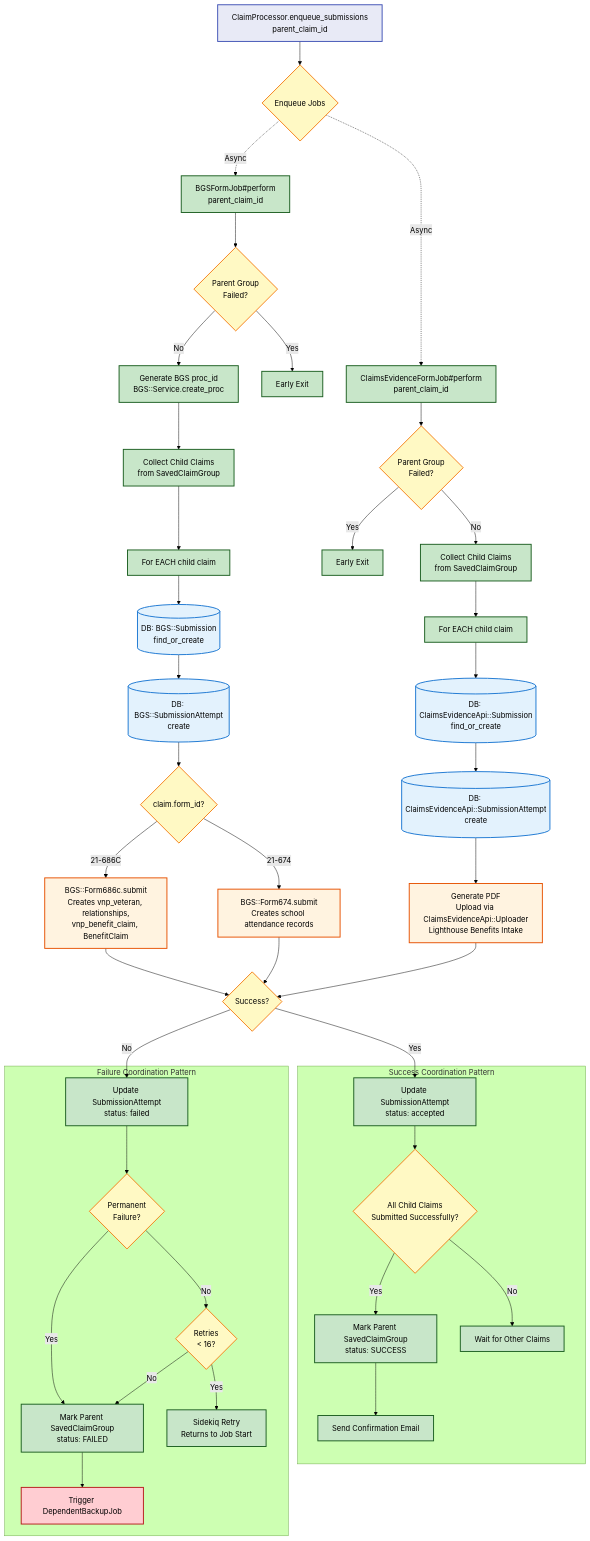
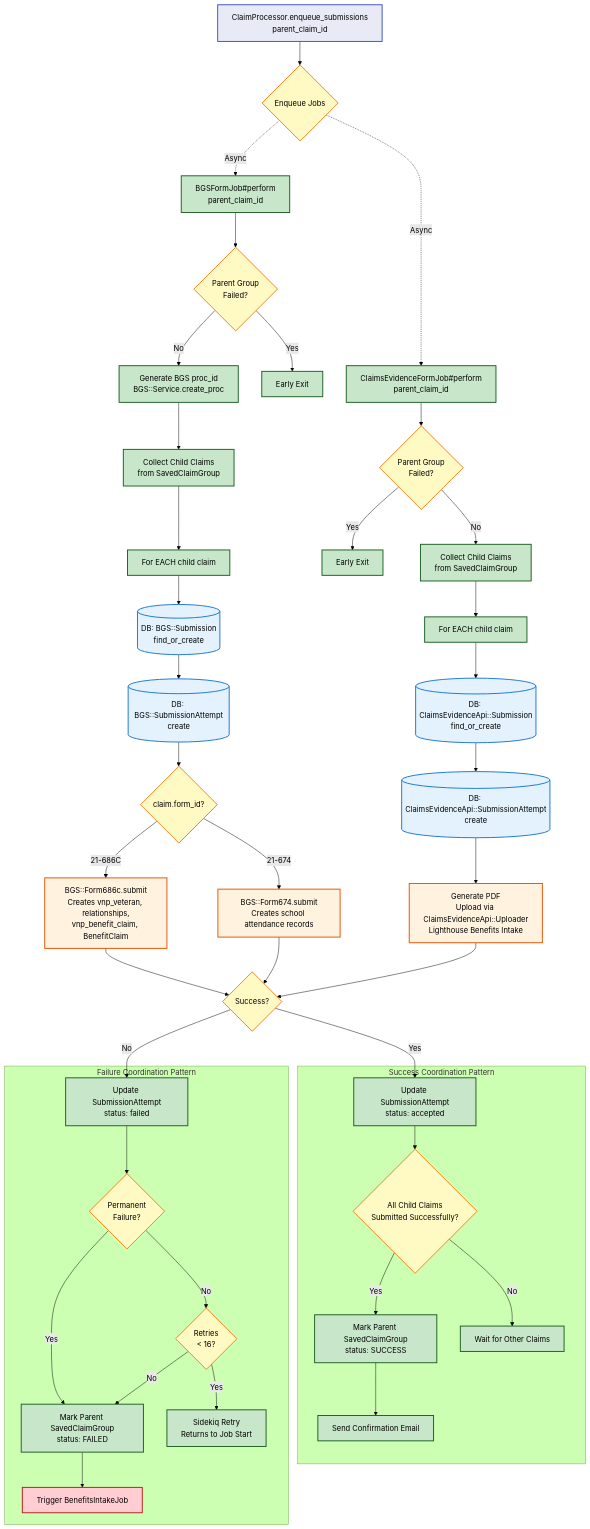
Before and after one commit to department-of-veterans-affairs/vets-api: the diagram in modules/dependents_benefits/documentation/data_flow_diagrams/submission_jobs_flow.md, drawn with Mermaid (forest theme). The commit also changed 8 other files, not shown here.

Commit message:
Rename DependentBackupJob

````diff
--- a/modules/dependents_benefits/documentation/data_flow_diagrams/submission_jobs_flow.md
+++ b/modules/dependents_benefits/documentation/data_flow_diagrams/submission_jobs_flow.md
@@ -7,74 +7,74 @@
 ```mermaid
 graph TD
     Start[ClaimProcessor.enqueue_submissions<br/>parent_claim_id] --> Split{Enqueue Jobs}
     
     Split -.Async.-> JobBGS[BGSFormJob#perform<br/>parent_claim_id]
     Split -.Async.-> JobClaims[ClaimsEvidenceFormJob#perform<br/>parent_claim_id]
     
     %% BGSFormJob Flow
     JobBGS --> CheckBGS{Parent Group<br/>Failed?}
     CheckBGS -->|Yes| SkipBGS[Early Exit]
     CheckBGS -->|No| GenerateProcID[Generate BGS proc_id<br/>BGS::Service.create_proc]
     GenerateProcID --> CollectBGS[Collect Child Claims<br/>from SavedClaimGroup]
     CollectBGS --> LoopBGS[For EACH child claim]
     
     LoopBGS --> DBBGS1[(DB: BGS::Submission<br/>find_or_create)]
     DBBGS1 --> DBBGS2[(DB: BGS::SubmissionAttempt<br/>create)]
     DBBGS2 --> CheckFormType{claim.form_id?}
     
     CheckFormType -->|21-686C| Submit686BGS[BGS::Form686c.submit<br/>Creates vnp_veteran, relationships,<br/>vnp_benefit_claim, BenefitClaim]
     CheckFormType -->|21-674| Submit674BGS[BGS::Form674.submit<br/>Creates school attendance records]
     
     Submit686BGS --> SuccessClaims{Success?}
     Submit674BGS --> SuccessClaims
     
     %% ClaimsEvidenceFormJob Flow
     JobClaims --> CheckClaims{Parent Group<br/>Failed?}
     CheckClaims -->|Yes| SkipClaims[Early Exit]
     CheckClaims -->|No| CollectClaims[Collect Child Claims<br/>from SavedClaimGroup]
     CollectClaims --> LoopClaims[For EACH child claim]
     
     LoopClaims --> DBClaims1[(DB: ClaimsEvidenceApi::Submission<br/>find_or_create)]
     DBClaims1 --> DBClaims2[(DB: ClaimsEvidenceApi::SubmissionAttempt<br/>create)]
     DBClaims2 --> SubmitClaims[Generate PDF<br/>Upload via ClaimsEvidenceApi::Uploader<br/>Lighthouse Benefits Intake]
     SubmitClaims --> SuccessClaims{Success?}
     
     %% Success Coordination for SubmissionJob
     subgraph SuccessFlow[Success Coordination Pattern]
         UpdateClaimsSuccess[Update SubmissionAttempt<br/>status: accepted]
         UpdateClaimsSuccess --> CheckSiblingsClaims{All Child Claims<br/>Submitted Successfully?}
         CheckSiblingsClaims -->|Yes| MarkGroupClaims[Mark Parent SavedClaimGroup<br/>status: SUCCESS]
         CheckSiblingsClaims -->|No| WaitClaims[Wait for Other Claims]
         MarkGroupClaims --> FinalClaims[Send Confirmation Email]
     end
     
     SuccessClaims -->|Yes| UpdateClaimsSuccess
     
     %% Failure Coordination for SubmissionJob
     subgraph FailureFlow[Failure Coordination Pattern]
         UpdateFailedClaims[Update SubmissionAttempt<br/>status: failed]
         UpdateFailedClaims --> PermFailureClaims{Permanent<br/>Failure?}
         PermFailureClaims -->|Yes| MarkFailedClaims[Mark Parent SavedClaimGroup<br/>status: FAILED]
         PermFailureClaims -->|No| RetryClaims{Retries<br/>< 16?}
         RetryClaims -->|Yes| RetryJobClaims[Sidekiq Retry<br/>Returns to Job Start]
         RetryClaims -->|No| MarkFailedClaims
-        MarkFailedClaims --> BackupClaims[Trigger DependentBackupJob]
+        MarkFailedClaims --> BackupClaims[Trigger BenefitsIntakeJob]
     end
     
     SuccessClaims -->|No| UpdateFailedClaims
     
     %% Styling
     classDef trigger fill:#e8eaf6,stroke:#3f51b5,stroke-width:2px
     classDef process fill:#c8e6c9,stroke:#1b5e20,stroke-width:2px
     classDef database fill:#e3f2fd,stroke:#1976d2,stroke-width:2px
     classDef service fill:#fff3e0,stroke:#e65100,stroke-width:2px
     classDef decision fill:#fff9c4,stroke:#f57f17,stroke-width:2px
     classDef failure fill:#ffcdd2,stroke:#b71c1c,stroke-width:2px
     
     class Start trigger
     class JobBGS,JobClaims,SkipBGS,SkipClaims,GenerateProcID,CollectBGS,CollectClaims,LoopBGS,LoopClaims,UpdateClaimsSuccess,UpdateFailedClaims,MarkFailedClaims,MarkGroupClaims,WaitClaims,FinalClaims,RetryJobClaims process
     class DBBGS1,DBBGS2,DBClaims1,DBClaims2 database
     class Submit686BGS,Submit674BGS,SubmitClaims service
     class Split,CheckBGS,CheckClaims,CheckFormType,SuccessClaims,RetryClaims,CheckSiblingsClaims,PermFailureClaims decision
     class BackupClaims failure
 ```
````
